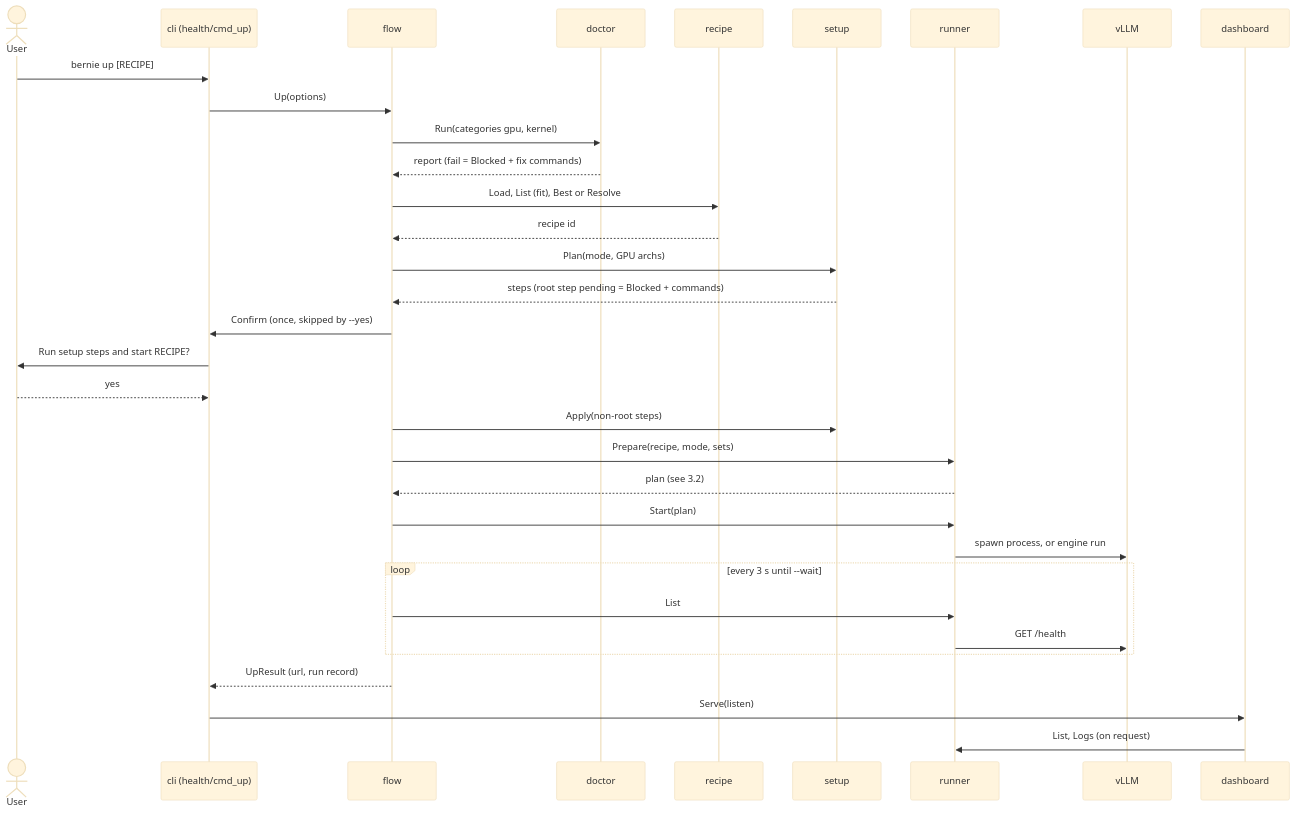
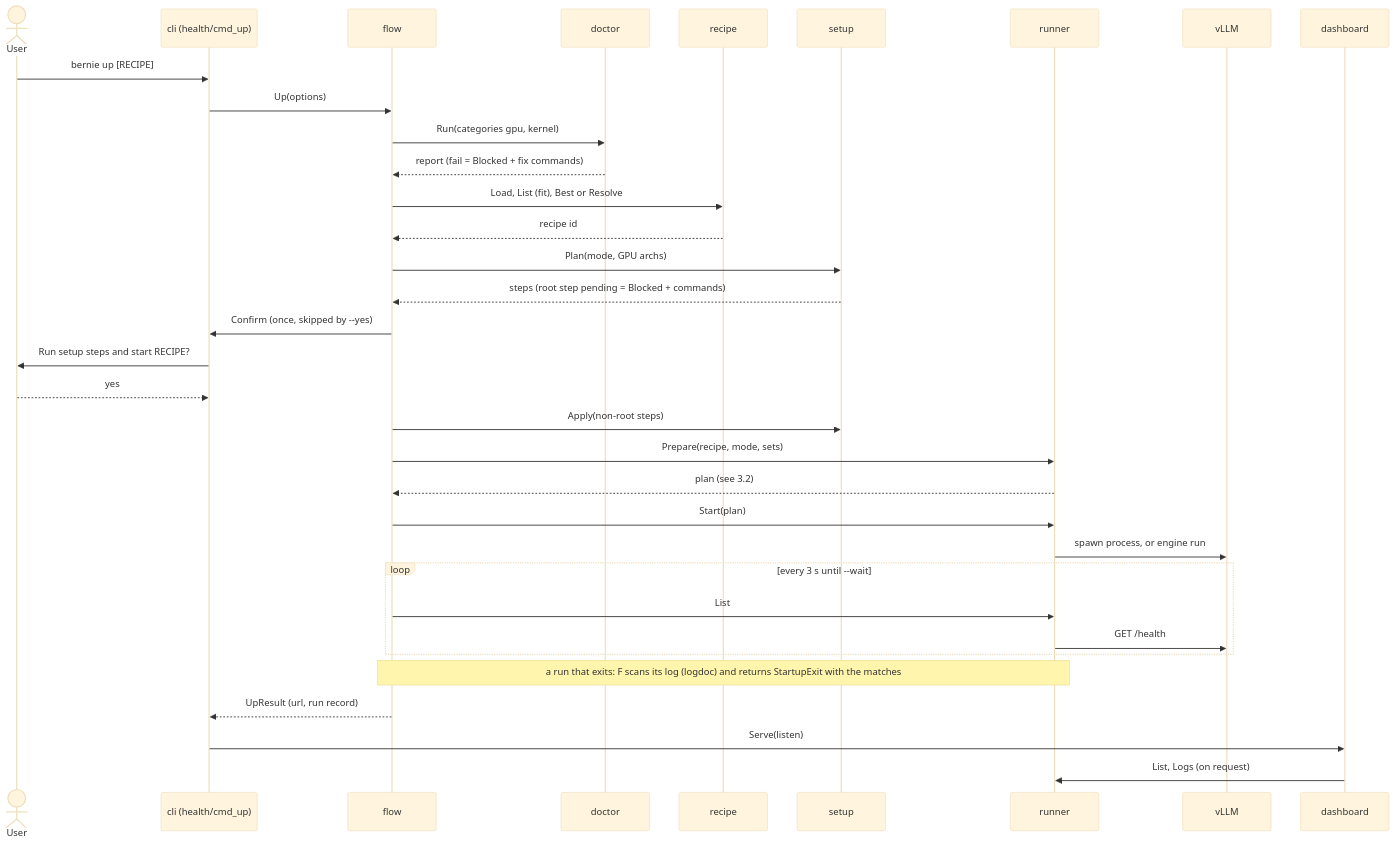
Before and after one commit to opengfx1030/bernie: the second of 6 diagrams in docs/architecture.md, drawn with Mermaid (base theme). The commit also changed other lines of this file and 2 other files, not shown here.

Commit message:
spec: scan the log of a run that exits during startup (up, serve --wait, ps, status)

````diff
--- a/docs/architecture.md
+++ b/docs/architecture.md
@@ -155,35 +157,36 @@
 ```mermaid
 sequenceDiagram
   actor U as User
   participant C as cli (health/cmd_up)
   participant F as flow
   participant D as doctor
   participant R as recipe
   participant S as setup
   participant X as runner
   participant V as vLLM
   participant W as dashboard
   U->>C: bernie up [RECIPE]
   C->>F: Up(options)
   F->>D: Run(categories gpu, kernel)
   D-->>F: report (fail = Blocked + fix commands)
   F->>R: Load, List (fit), Best or Resolve
   R-->>F: recipe id
   F->>S: Plan(mode, GPU archs)
   S-->>F: steps (root step pending = Blocked + commands)
   F->>C: Confirm (once, skipped by --yes)
   C->>U: Run setup steps and start RECIPE?
   U-->>C: yes
   F->>S: Apply(non-root steps)
   F->>X: Prepare(recipe, mode, sets)
   X-->>F: plan (see 3.2)
   F->>X: Start(plan)
   X->>V: spawn process, or engine run
   loop every 3 s until --wait
     F->>X: List
     X->>V: GET /health
   end
+  Note over F,X: a run that exits: F scans its log (logdoc) and returns StartupExit with the matches
   F-->>C: UpResult (url, run record)
   C->>W: Serve(listen)
   W->>X: List, Logs (on request)
 ```
````
